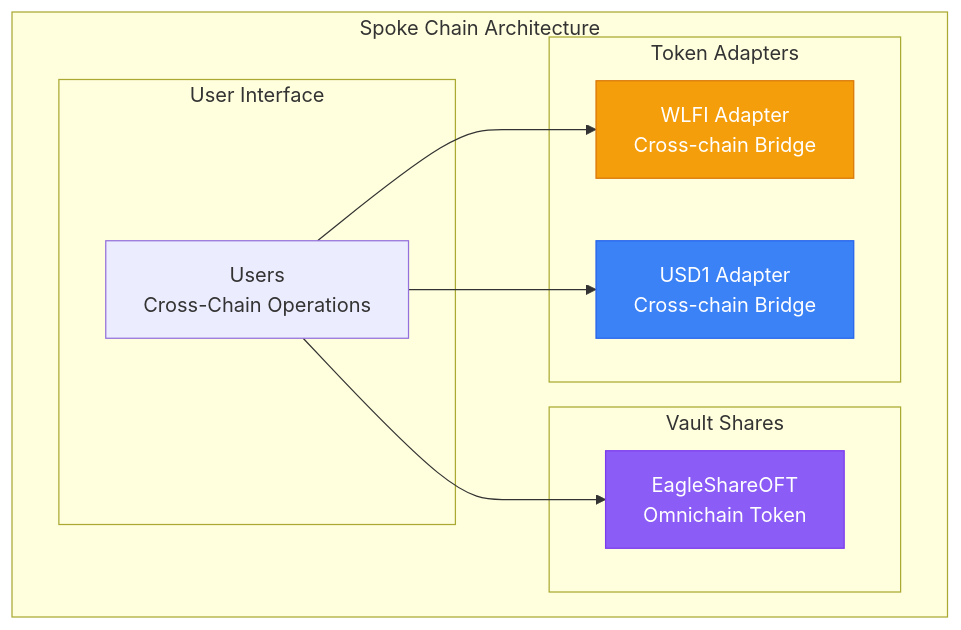
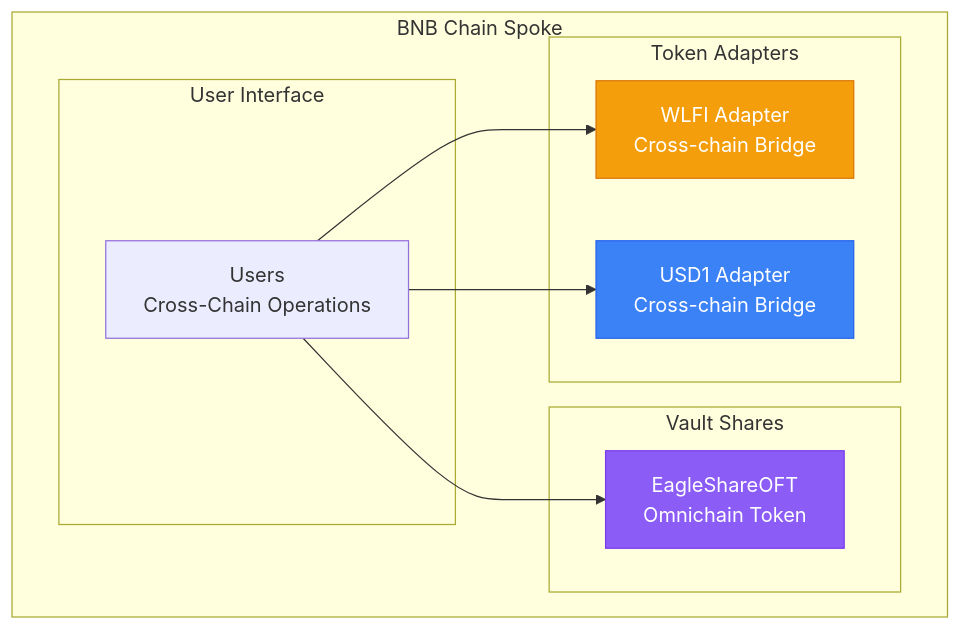
The second of 5 diagrams in docs/dev/architecture.md (47-Eagle/docs), drawn with Mermaid before and after one commit. The commit also changed other lines of this file and 2 other files, not shown here.

````diff
--- a/docs/dev/architecture.md
+++ b/docs/dev/architecture.md
@@ -162,25 +162,25 @@
 ```mermaid
 graph TB
-    subgraph "Spoke Chain Architecture"
+    subgraph "BNB Chain Spoke"
         subgraph "Token Adapters"
             WA[WLFI Adapter<br/>Cross-chain Bridge]
             UA[USD1 Adapter<br/>Cross-chain Bridge]
         end
         
         subgraph "Vault Shares"
             SO[EagleShareOFT<br/>Omnichain Token]
         end
         
         subgraph "User Interface"
             USER[Users<br/>Cross-Chain Operations]
         end
         
         USER --> WA
         USER --> UA
         USER --> SO
     end
     
     style WA fill:#f59e0b,stroke:#d97706,color:#fff
     style UA fill:#3b82f6,stroke:#2563eb,color:#fff
     style SO fill:#8b5cf6,stroke:#7c3aed,color:#fff
 ```
````
